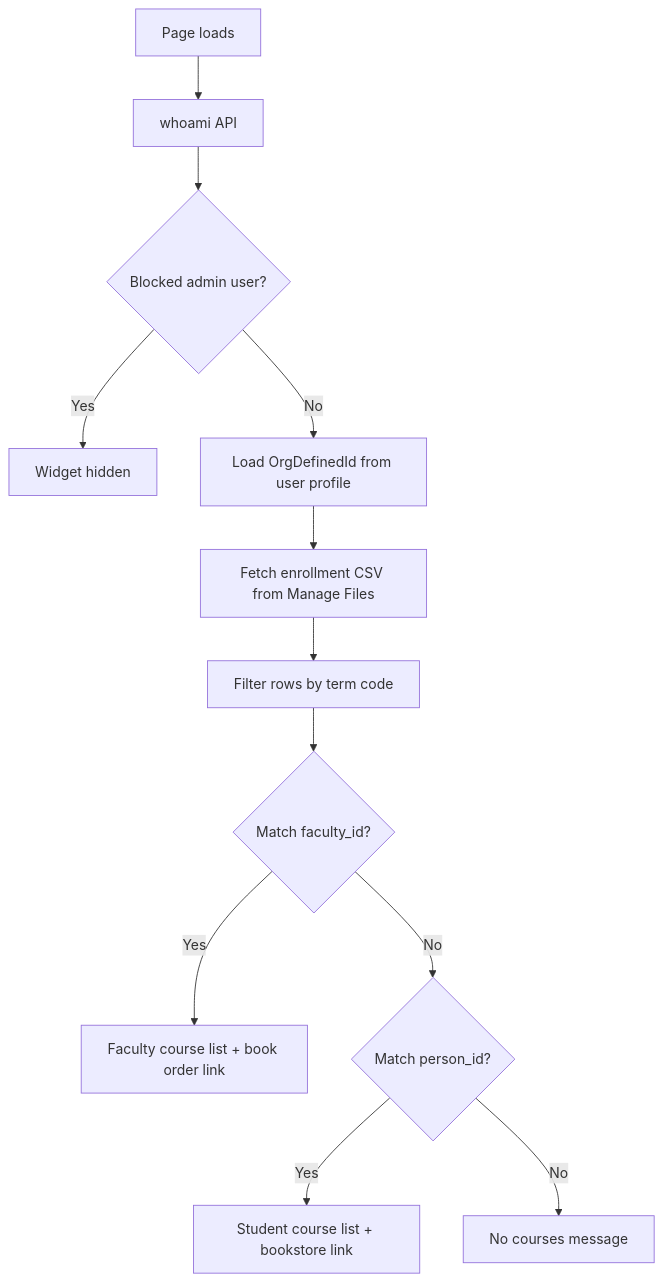
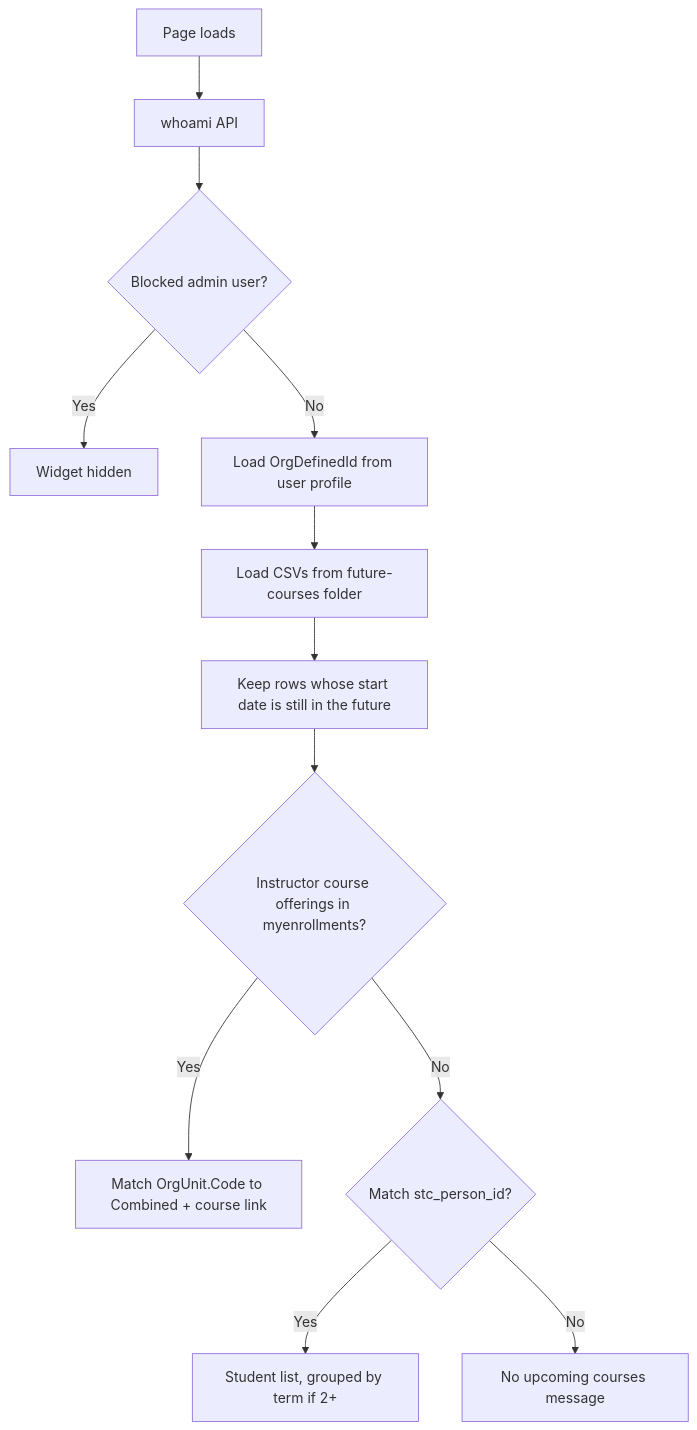
One commit to Brightspace-Dashboard-Data-Community/API-Widgets changed the diagram in Upcoming Courses/README.md. Above: the diagram before and after it, drawn with Mermaid. The commit also changed other lines of this file and 3 other files, not shown here.

First line of the commit message:
Update Upcoming Courses for Insights CSVs, multi-term files, and faculty myenrollments.

````diff
--- a/Upcoming Courses/README.md
+++ b/Upcoming Courses/README.md
@@ -40,14 +61,14 @@
 ```mermaid
 flowchart TD
     A[Page loads] --> B[whoami API]
     B --> C{Blocked admin user?}
     C -->|Yes| D[Widget hidden]
     C -->|No| E[Load OrgDefinedId from user profile]
-    E --> F[Fetch enrollment CSV from Manage Files]
-    F --> G[Filter rows by term code]
-    G --> H{Match faculty_id?}
-    H -->|Yes| I[Faculty course list + book order link]
-    H -->|No| J{Match person_id?}
-    J -->|Yes| K[Student course list + bookstore link]
-    J -->|No| L[No courses message]
+    E --> F[Load CSVs from future-courses folder]
+    F --> G[Keep rows whose start date is still in the future]
+    G --> H{Instructor course offerings in myenrollments?}
+    H -->|Yes| I[Match OrgUnit.Code to Combined + course link]
+    H -->|No| J{Match stc_person_id?}
+    J -->|Yes| K[Student list, grouped by term if 2+]
+    J -->|No| L[No upcoming courses message]
 ```
````
